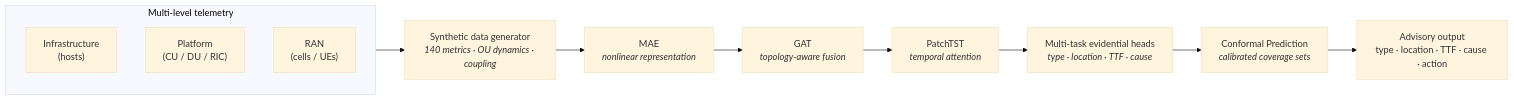
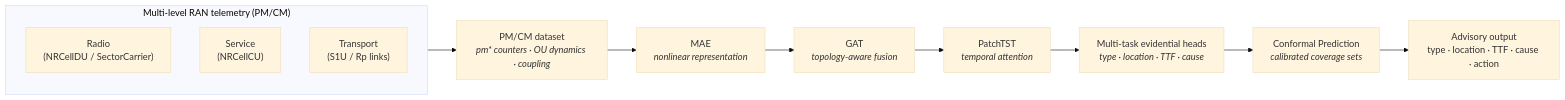
The first of 4 diagrams in docs/SYSTEM_DESIGN.md (basillicus/autofm), drawn with Mermaid (base theme) before and after one commit. The commit also changed other lines of this file, not shown here.

````diff
--- a/docs/SYSTEM_DESIGN.md
+++ b/docs/SYSTEM_DESIGN.md
@@ -115,16 +123,16 @@
 ```mermaid
 flowchart LR
-    subgraph TELE["Multi-level telemetry"]
-        INF["Infrastructure<br/>(hosts)"]
-        PLT["Platform<br/>(CU / DU / RIC)"]
-        RAN["RAN<br/>(cells / UEs)"]
+    subgraph TELE["Multi-level RAN telemetry (PM/CM)"]
+        RADIO["Radio<br/>(NRCellDU / SectorCarrier)"]
+        SVC["Service<br/>(NRCellCU)"]
+        TRANS["Transport<br/>(S1U / Rp links)"]
     end
 
-    TELE --> DG["Synthetic data generator<br/><i>140 metrics · OU dynamics · coupling</i>"]
+    TELE --> DG["PM/CM dataset<br/><i>pm* counters · OU dynamics · coupling</i>"]
     DG --> MAE["MAE<br/><i>nonlinear representation</i>"]
     MAE --> GAT["GAT<br/><i>topology-aware fusion</i>"]
     GAT --> PTST["PatchTST<br/><i>temporal attention</i>"]
     PTST --> HEADS["Multi-task evidential heads<br/><i>type · location · TTF · cause</i>"]
     HEADS --> CP["Conformal Prediction<br/><i>calibrated coverage sets</i>"]
     CP --> ADV["Advisory output<br/>type · location · TTF · cause · action"]
 ```
````
